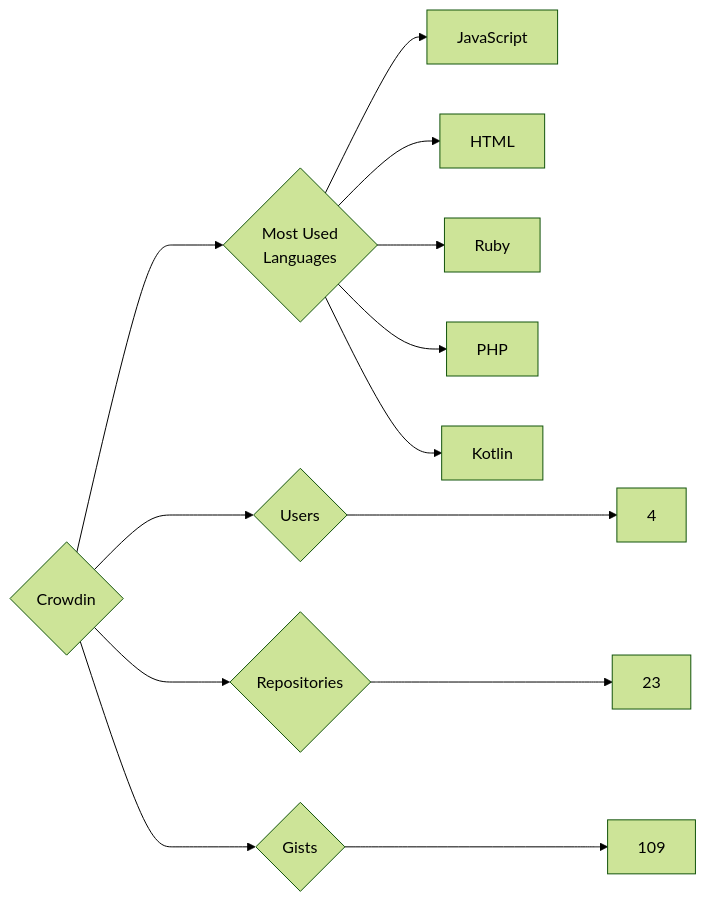
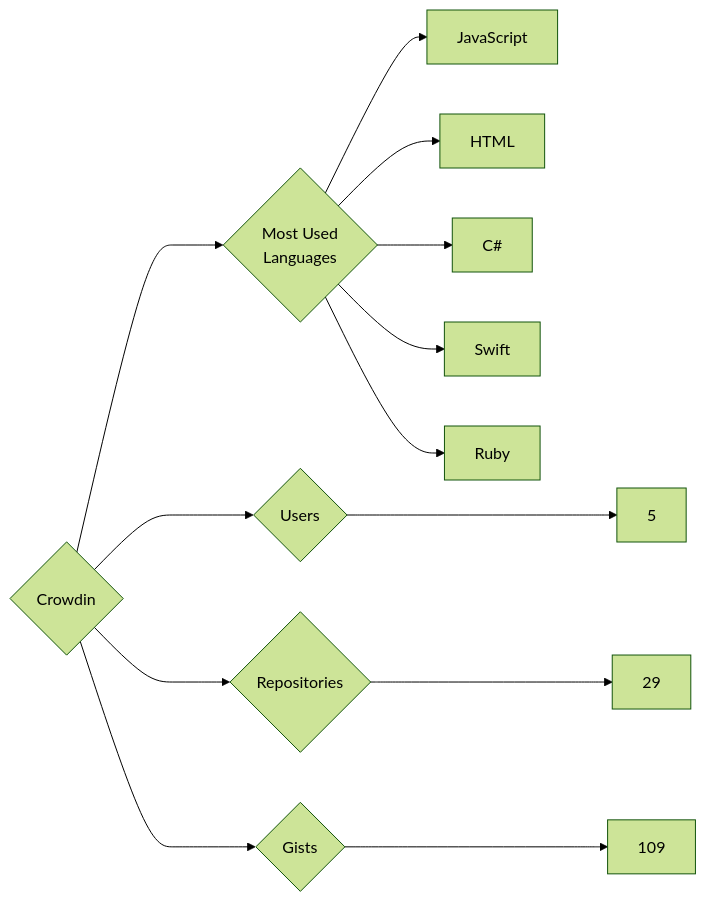
One commit to trickest/insiders changed the diagram in targets/Crowdin/README.md. Above: the diagram before and after it, drawn with Mermaid (forest theme). The commit also changed 985 other files, not shown here.

````diff
--- a/targets/Crowdin/README.md
+++ b/targets/Crowdin/README.md
@@ -3,13 +3,13 @@
 ```mermaid
 graph LR
 COMPANY_NAME{Crowdin}
-COMPANY_NAME ---> U{Users} ---> UN[4]
-COMPANY_NAME ---> R{Repositories} ---> RN[23]
+COMPANY_NAME ---> U{Users} ---> UN[5]
+COMPANY_NAME ---> R{Repositories} ---> RN[29]
 COMPANY_NAME ---> G{Gists} ---> GN[109]
 COMPANY_NAME ---> ML{Most Used<br>Languages}
 ML --> JavaScript[JavaScript]
 ML --> HTML[HTML]
+ML --> C#[C#]
+ML --> Swift[Swift]
 ML --> Ruby[Ruby]
-ML --> PHP[PHP]
-ML --> Kotlin[Kotlin]
 ```
````
